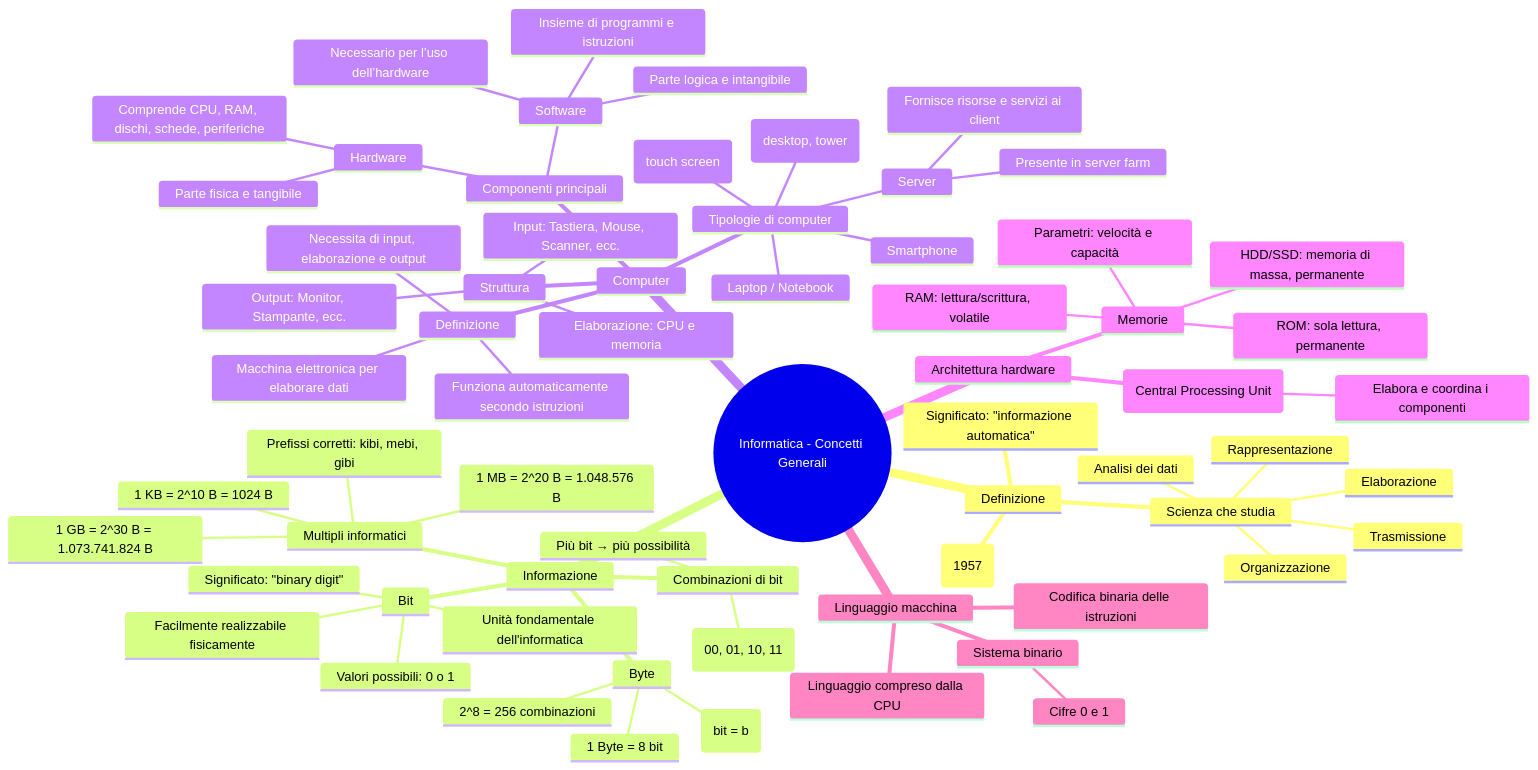
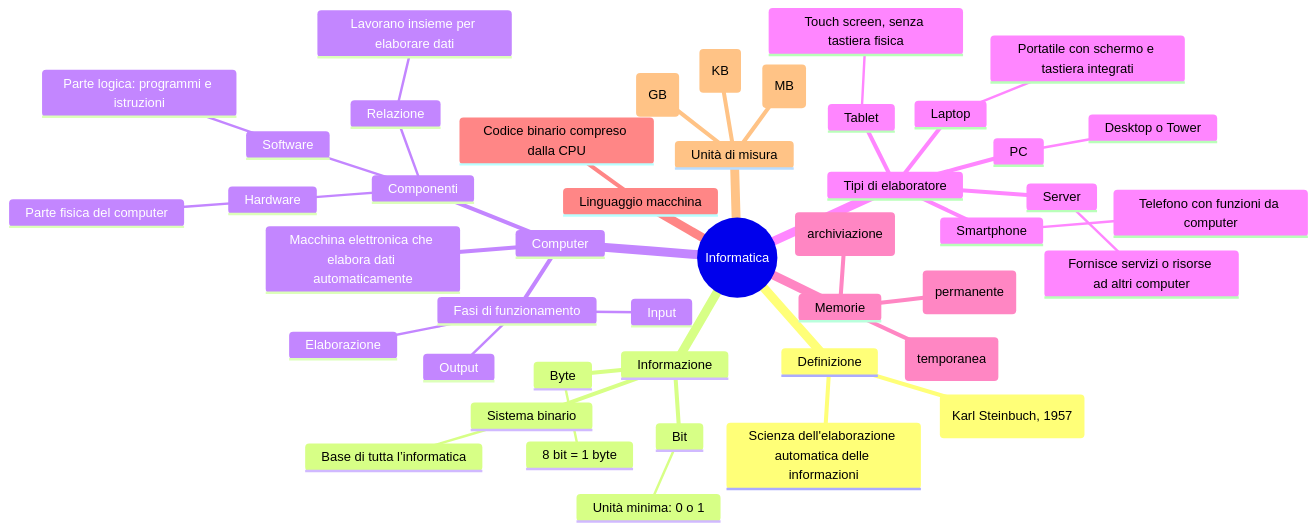
One commit to Federob/infohandouts changed the diagram in docs/fundamentals/01_map.md. Above: the diagram before and after it, drawn with Mermaid.

````diff
--- a/docs/fundamentals/01_map.md
+++ b/docs/fundamentals/01_map.md
@@ -1,69 +1,48 @@
 ```mermaid
 mindmap
-  root((Informatica - Concetti Generali))
+  root((Informatica))
     Definizione
-      Origine del termine: Karl Steinbuch (1957)
-      Significato: "informazione automatica"
-      Scienza che studia
-        Analisi dei dati
-        Rappresentazione
-        Elaborazione
-        Organizzazione
-        Trasmissione
+      Scienza dell'elaborazione automatica delle informazioni
+      Deriva da "informazione automatica" (Karl Steinbuch, 1957)
     Informazione
       Bit
-        Significato: "binary digit"
-        Valori possibili: 0 o 1
-        Unità fondamentale dell'informatica
-        Facilmente realizzabile fisicamente
-      Combinazioni di bit
-        Più bit → più possibilità
-        Esempio: 2 bit = 4 combinazioni (00, 01, 10, 11)
+        Unità minima: 0 o 1
       Byte
-        1 Byte = 8 bit
-        2^8 = 256 combinazioni
-        Simbolo: B (bit = b)
-      Multipli informatici
-        1 KB = 2^10 B = 1024 B
-        1 MB = 2^20 B = 1.048.576 B
-        1 GB = 2^30 B = 1.073.741.824 B
-        Prefissi corretti: kibi, mebi, gibi
+        8 bit = 1 byte
+      Sistema binario
+        Base di tutta l’informatica
     Computer
-      Definizione
-        Macchina elettronica per elaborare dati
-        Funziona automaticamente secondo istruzioni
-        Necessita di input, elaborazione e output
-      Struttura
-        Input: Tastiera, Mouse, Scanner, ecc.
-        Output: Monitor, Stampante, ecc.
-        Elaborazione: CPU e memoria
-      Componenti principali
+      Macchina elettronica che elabora dati automaticamente
+      Fasi di funzionamento
+        Input
+        Elaborazione
+        Output
+      Componenti
         Hardware
-          Parte fisica e tangibile
-          Comprende CPU, RAM, dischi, schede, periferiche
+          Parte fisica del computer
         Software
-          Parte logica e intangibile
-          Insieme di programmi e istruzioni
-          Necessario per l’uso dell’hardware
-      Tipologie di computer
-        PC (desktop, tower)
-        Laptop / Notebook
-        Tablet (touch screen)
-        Smartphone
-        Server
-          Fornisce risorse e servizi ai client
-          Presente in server farm
-    Architettura hardware
-      CPU (Central Processing Unit)
-        Elabora e coordina i componenti
-      Memorie
-        ROM: sola lettura, permanente
-        RAM: lettura/scrittura, volatile
-        HDD/SSD: memoria di massa, permanente
-        Parametri: velocità e capacità
+          Parte logica: programmi e istruzioni
+        Relazione
+          Lavorano insieme per elaborare dati
+    Tipi di elaboratore
+      PC
+        Desktop o Tower
+      Laptop
+        Portatile con schermo e tastiera integrati
+      Tablet
+        Touch screen, senza tastiera fisica
+      Smartphone
+        Telefono con funzioni da computer
+      Server
+        Fornisce servizi o risorse ad altri computer
+    Memorie
+      ROM (permanente)
+      RAM (temporanea)
+      HDD/SSD (archiviazione)
     Linguaggio macchina
-      Sistema binario
-        Cifre 0 e 1
-      Codifica binaria delle istruzioni
-      Linguaggio compreso dalla CPU
+      Codice binario compreso dalla CPU
+    Unità di misura
+      Kilobyte (KB)
+      Megabyte (MB)
+      Gigabyte (GB)
 ```
````
